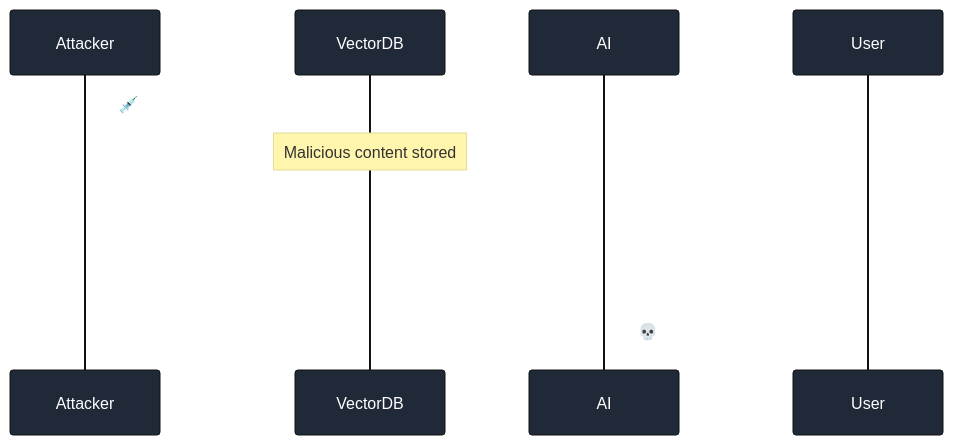
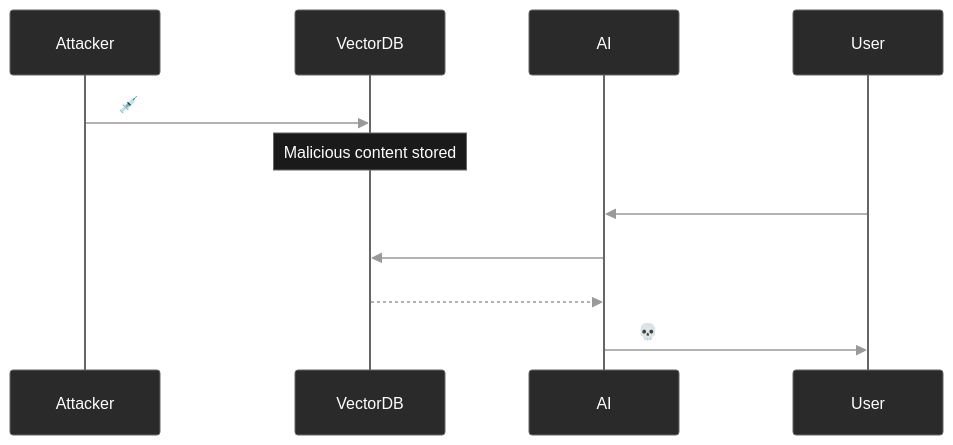
The fourth of 5 diagrams in lpci_output/lpci_test_report_20250715_220148.md (mbhatt1/agentic_lpci_framework), drawn with Mermaid before and after one commit. The commit also changed other lines of this file and 3 other files, not shown here.

````diff
--- a/lpci_output/lpci_test_report_20250715_220148.md
+++ b/lpci_output/lpci_test_report_20250715_220148.md
@@ -249,22 +262,34 @@
 ```mermaid
 %%{init: {
   'theme': 'base',
   'themeVariables': {
-    'primaryColor': '#1f2937',
-    'primaryTextColor': '#fff',
-    'lineColor': '#60a5fa'
+    'primaryColor': '#000000',
+    'primaryTextColor': '#ffffff',
+    'primaryBorderColor': '#666666',
+    'lineColor': '#999999',
+    'background': '#000000',
+    'mainBkg': '#1a1a1a',
+    'actorBkg': '#2a2a2a',
+    'actorBorder': '#666666',
+    'actorTextColor': '#ffffff',
+    'signalColor': '#999999',
+    'signalTextColor': '#ffffff',
+    'noteBkgColor': '#1a1a1a',
+    'noteTextColor': '#ffffff',
+    'noteBorderColor': '#666666',
+    'sequenceNumberColor': '#000000'
   }
 }}%%
 sequenceDiagram
     participant Attacker
     participant VectorDB
     participant AI
     participant User
     
     Attacker->>VectorDB: 💉 Inject poisoned documents
     Note over VectorDB: Malicious content stored
     User->>AI: Query for information
     AI->>VectorDB: Semantic search
     VectorDB-->>AI: Returns poisoned docs
     AI->>User: 💀 Compromised response
 ```
````
